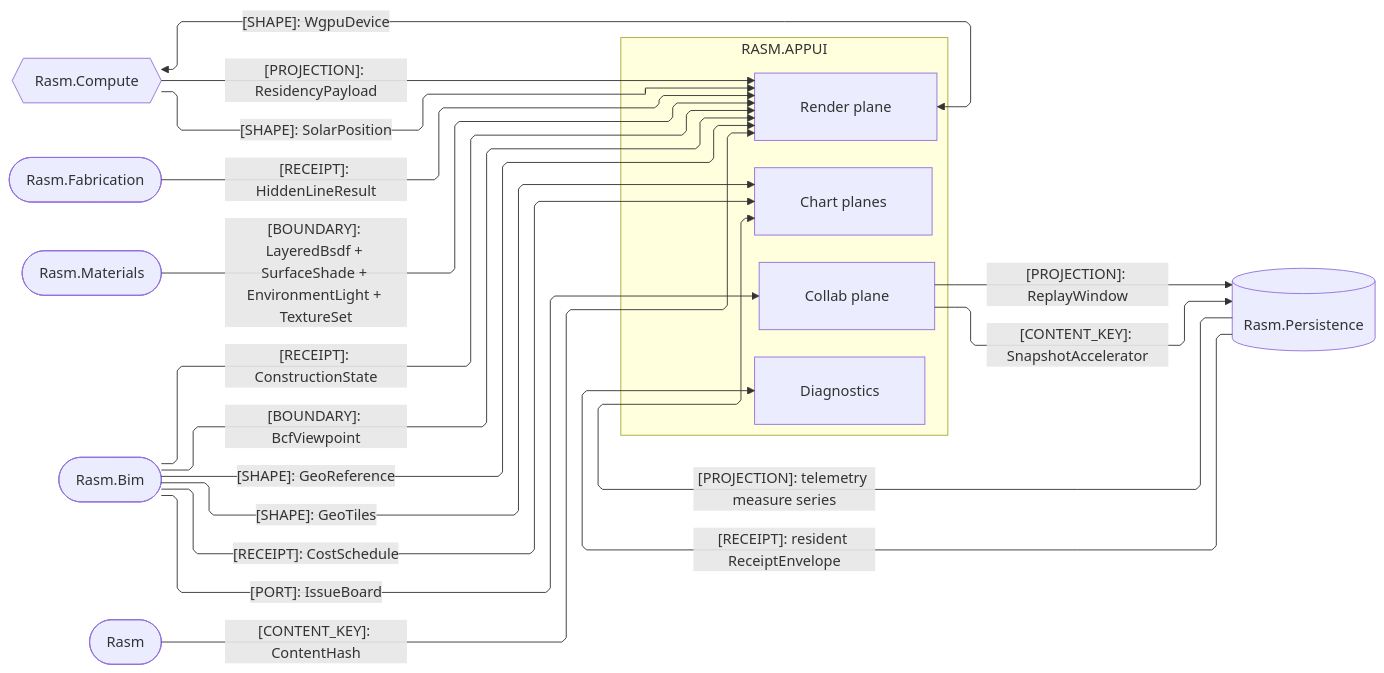
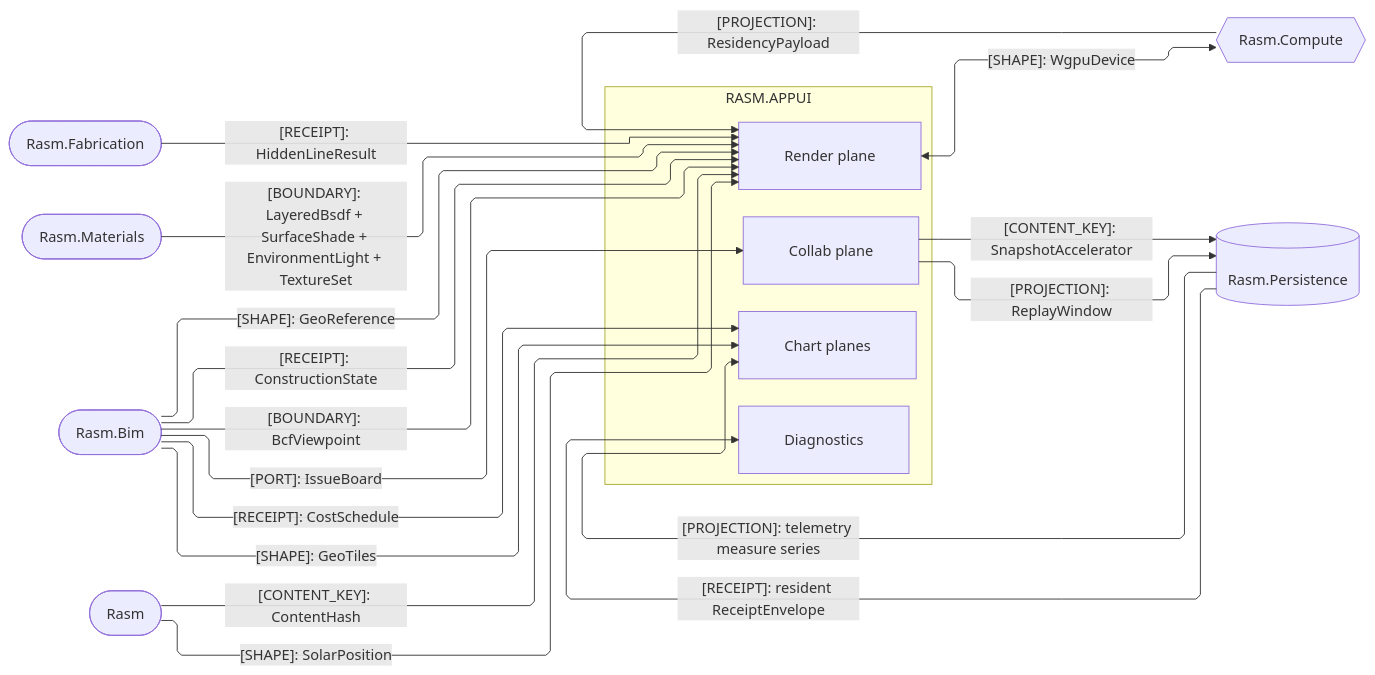
The second of 3 diagrams in libs/csharp/Rasm.AppUi/ARCHITECTURE.md (bsamiee/Rasm), drawn with Mermaid before and after one commit. The commit also changed other lines of this file and 236 other files, not shown here.

````diff
--- a/libs/csharp/Rasm.AppUi/ARCHITECTURE.md
+++ b/libs/csharp/Rasm.AppUi/ARCHITECTURE.md
@@ -125,40 +125,40 @@
 ```mermaid
 ---
 config:
   layout: elk
   flowchart:
     curve: linear
     padding: 25
 ---
 flowchart LR
     accTitle: AppUi AEC-domain, render-source, and storage seams
     accDescr: AppUi render, chart, collaboration, and diagnostics owners exchanging residency projections, receipts, boundaries, content keys, and shared-device shapes with the AEC peers Compute, Fabrication, Materials, Bim, the kernel, and the Persistence store.
     subgraph appui[RASM.APPUI]
         Render[Render plane]
         Charts[Chart planes]
         Collab[Collab plane]
         Diagnostics[Diagnostics]
     end
     Compute{{Rasm.Compute}}
     Fabrication([Rasm.Fabrication])
     Materials([Rasm.Materials])
     Bim([Rasm.Bim])
     Rasm([Rasm])
     Persistence[(Rasm.Persistence)]
     Compute -->|"[PROJECTION]: ResidencyPayload"| Render
     Render <-->|"[SHAPE]: WgpuDevice"| Compute
-    Compute -->|"[SHAPE]: SolarPosition"| Render
     Fabrication -->|"[RECEIPT]: HiddenLineResult"| Render
     Materials -->|"[BOUNDARY]: LayeredBsdf + SurfaceShade + EnvironmentLight + TextureSet"| Render
     Rasm -->|"[CONTENT_KEY]: ContentHash"| Render
+    Rasm -->|"[SHAPE]: SolarPosition"| Render
     Bim -->|"[SHAPE]: GeoTiles"| Charts
     Bim -->|"[RECEIPT]: CostSchedule"| Charts
     Persistence -->|"[PROJECTION]: telemetry measure series"| Charts
     Persistence -->|"[RECEIPT]: resident ReceiptEnvelope"| Diagnostics
     Bim -->|"[PORT]: IssueBoard"| Collab
     Collab -->|"[PROJECTION]: ReplayWindow"| Persistence
     Collab -->|"[CONTENT_KEY]: SnapshotAccelerator"| Persistence
     Bim -->|"[RECEIPT]: ConstructionState"| Render
     Bim -->|"[BOUNDARY]: BcfViewpoint"| Render
     Bim -->|"[SHAPE]: GeoReference"| Render
 ```
````
